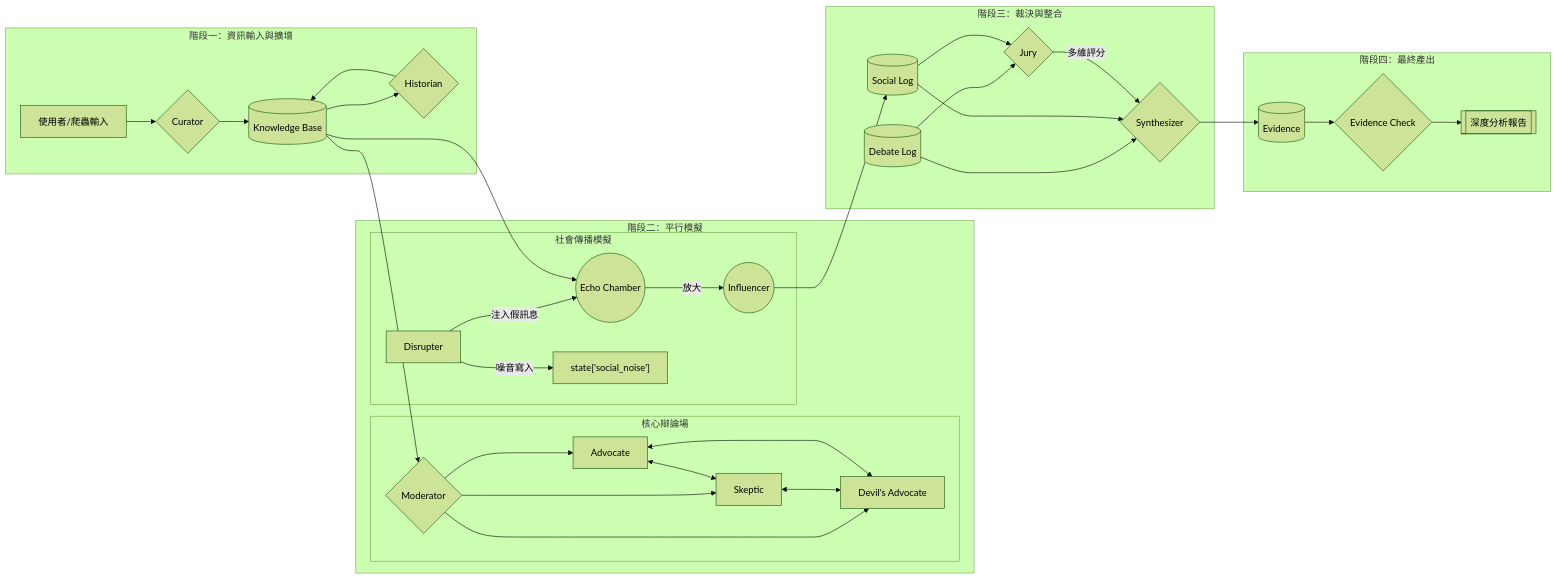
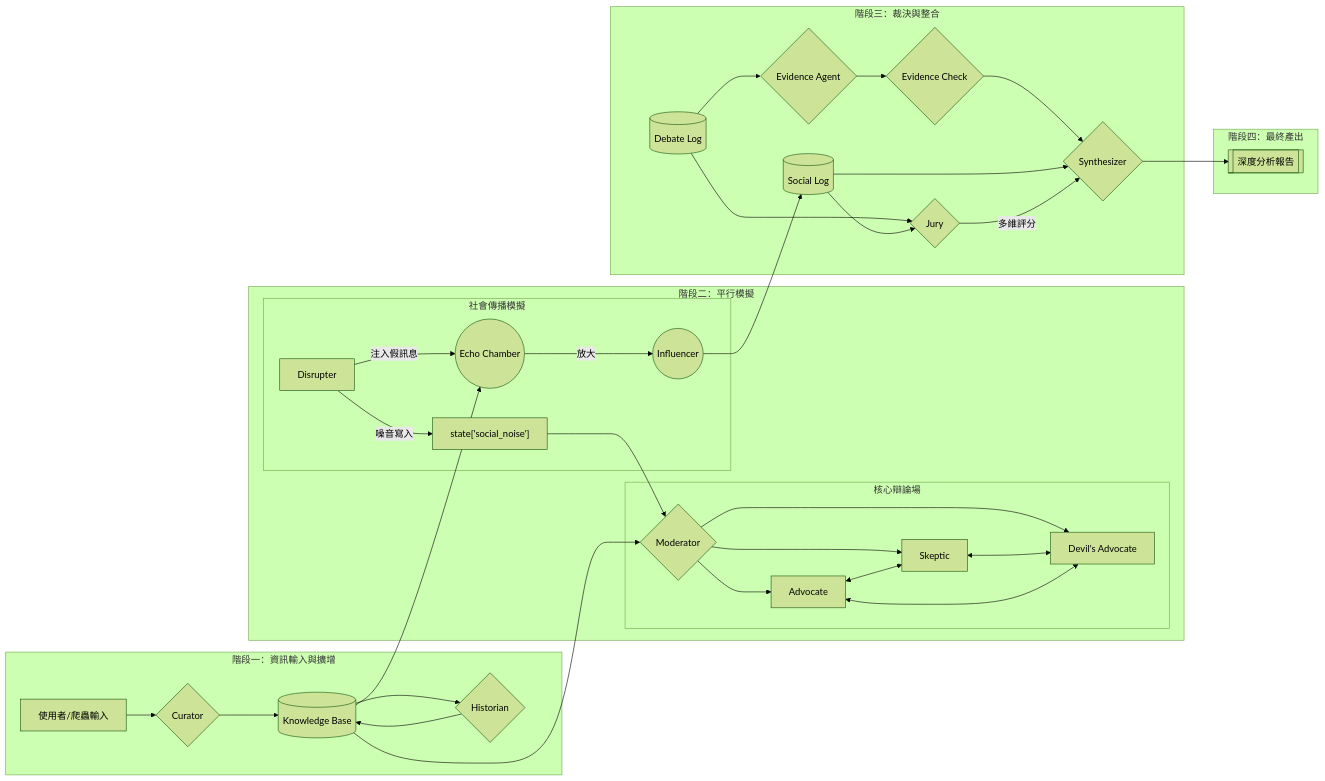
One commit to Grasonyang/Agent-Judge changed the first of 3 diagrams in architecture.md. Above: the diagram before and after it, drawn with Mermaid (forest theme). The commit also changed other lines of this file and 4 other files, not shown here.

Commit message:
feat: add evidence checker agent

````diff
--- a/architecture.md
+++ b/architecture.md
@@ -40,51 +41,53 @@
 ```mermaid
 ---
 config:
   layout: dagre
 ---
 flowchart LR
   subgraph I[階段一：資訊輸入與擴增]
     A[使用者/爬蟲輸入] --> C{Curator}
     C --> KB[(Knowledge Base)]
     H{Historian} --> KB
     KB --> H
   end
   subgraph II[階段二：平行模擬]
     subgraph Debate[核心辯論場]
       M{Moderator}
       P[Advocate]
       S[Skeptic]
       Dv[Devil's Advocate]
       M --> P & S & Dv
       P <--> S
       S <--> Dv
       Dv <--> P
     end
     subgraph Social[社會傳播模擬]
       EC((Echo Chamber))
       INF((Influencer))
       DIS[Disrupter]
       SN["state['social_noise']"]
       EC -- 放大 --> INF
       DIS -- 注入假訊息 --> EC
       DIS -->|噪音寫入| SN
     end
   end
+  SN --> M
   subgraph III[階段三：裁決與整合]
     DL[(Debate Log)]
     SL[(Social Log)]
+    EA{Evidence Agent}
+    ECHK{Evidence Check}
     J{Jury}
     SY{Synthesizer}
-    DL --> J & SY
+    DL --> J & EA
+    EA --> ECHK --> SY
     SL --> J & SY
     J -- 多維評分 --> SY
   end
   INF --> SL
   subgraph IV[階段四：最終產出]
-    EV[(Evidence)]
-    ECHK{Evidence Check}
     RPT[[深度分析報告]]
   end
+  SY --> RPT
   KB --> M & EC
-  SY --> EV --> ECHK --> RPT
 ```
````
